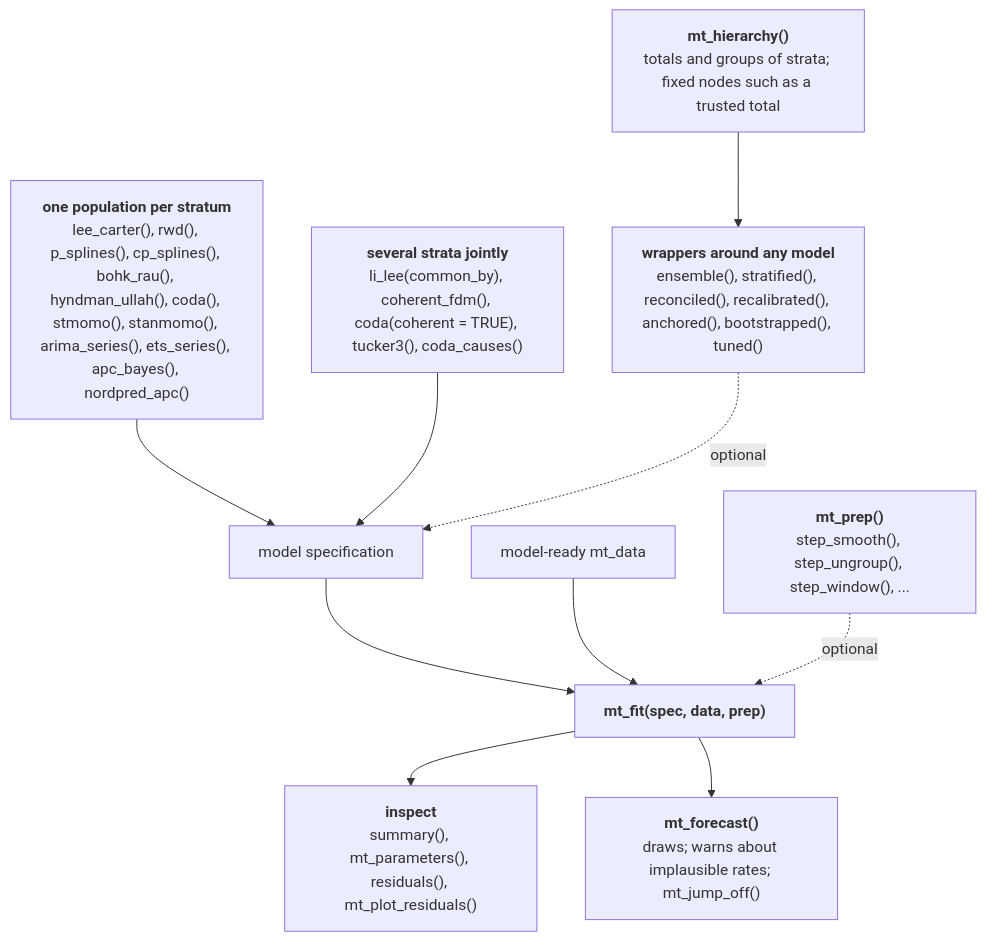
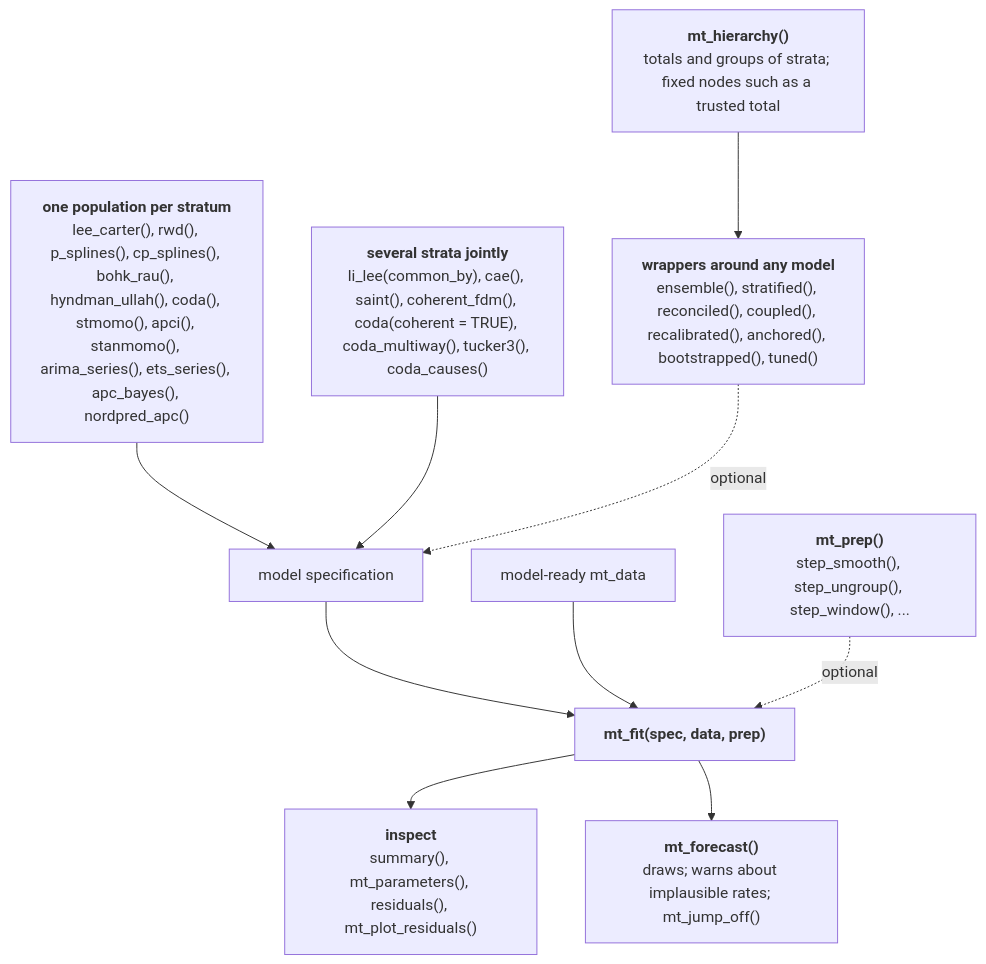
One commit to kalleEF/mortensor changed the diagram in dev/diagrams/function-map-models.mmd. Above: the diagram before and after it, drawn with Mermaid. The commit also changed 7 other files, not shown here.

```diff
--- a/dev/diagrams/function-map-models.mmd
+++ b/dev/diagrams/function-map-models.mmd
@@ -1,27 +1,27 @@
 flowchart TD
   ONE["`**one population per stratum**
-  lee_carter(), rwd(), p_splines(), cp_splines(), bohk_rau(), hyndman_ullah(), coda(), stmomo(), stanmomo(), arima_series(), ets_series(), apc_bayes(), nordpred_apc()`"]
+  lee_carter(), rwd(), p_splines(), cp_splines(), bohk_rau(), hyndman_ullah(), coda(), stmomo(), apci(), stanmomo(), arima_series(), ets_series(), apc_bayes(), nordpred_apc()`"]
   MANY["`**several strata jointly**
-  li_lee(common_by), coherent_fdm(), coda(coherent = TRUE), tucker3(), coda_causes()`"]
+  li_lee(common_by), cae(), saint(), coherent_fdm(), coda(coherent = TRUE), coda_multiway(), tucker3(), coda_causes()`"]
   H["`**mt_hierarchy()**
   totals and groups of strata; fixed nodes such as a trusted total`"]
   WRAP["`**wrappers around any model**
-  ensemble(), stratified(), reconciled(), recalibrated(), anchored(), bootstrapped(), tuned()`"]
+  ensemble(), stratified(), reconciled(), coupled(), recalibrated(), anchored(), bootstrapped(), tuned()`"]
   SPEC["model specification"]
   M["model-ready mt_data"]
   PREP["`**mt_prep()**
   step_smooth(), step_ungroup(), step_window(), ...`"]
   FIT["`**mt_fit(spec, data, prep)**`"]
   INS["`**inspect**
   summary(), mt_parameters(), residuals(), mt_plot_residuals()`"]
   FC["`**mt_forecast()**
   draws; warns about implausible rates; mt_jump_off()`"]
   ONE --> SPEC
   MANY --> SPEC
   H --> WRAP
   WRAP -. "optional" .-> SPEC
   SPEC --> FIT
   M --> FIT
   PREP -. "optional" .-> FIT
   FIT --> INS
   FIT --> FC
```
